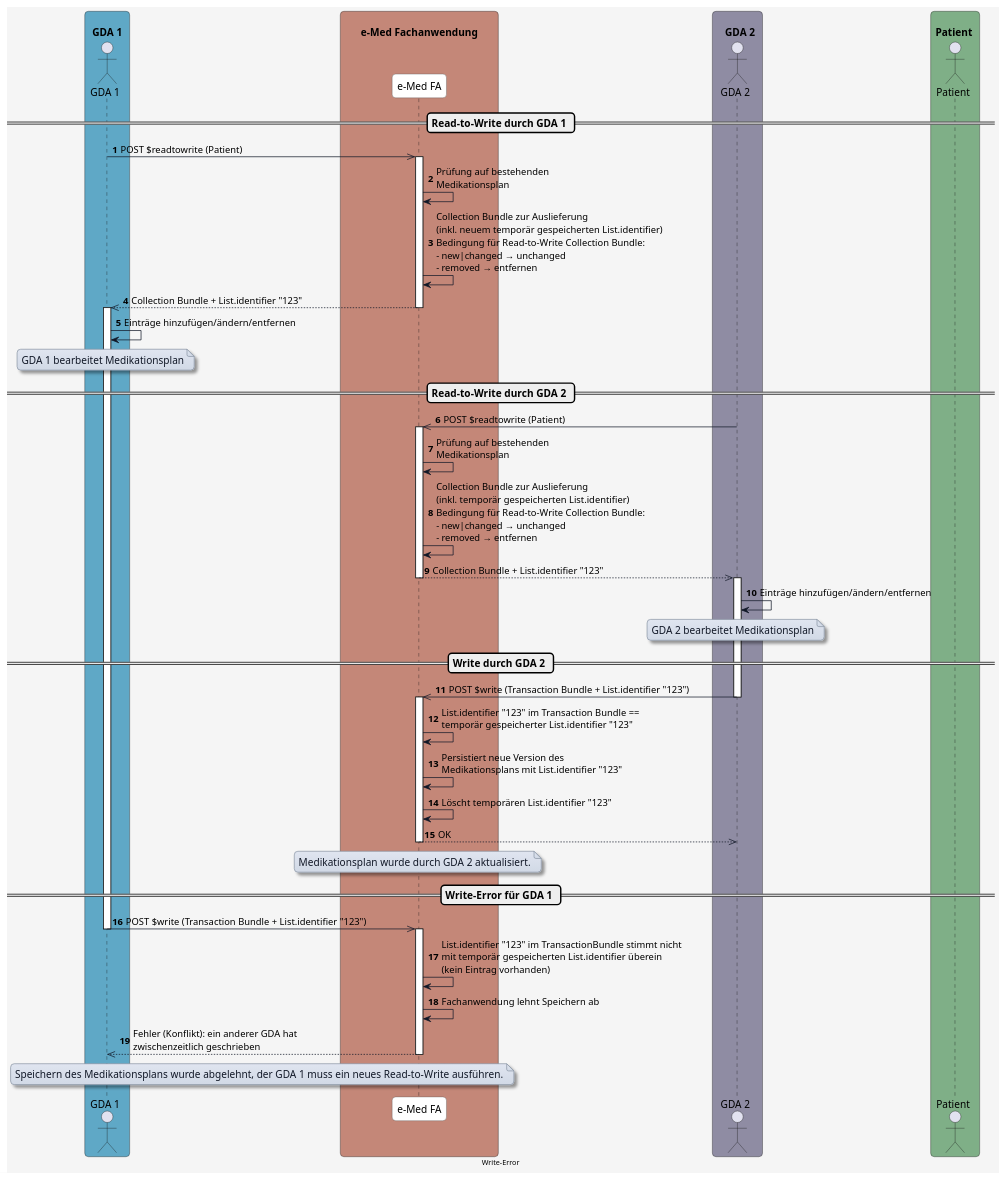
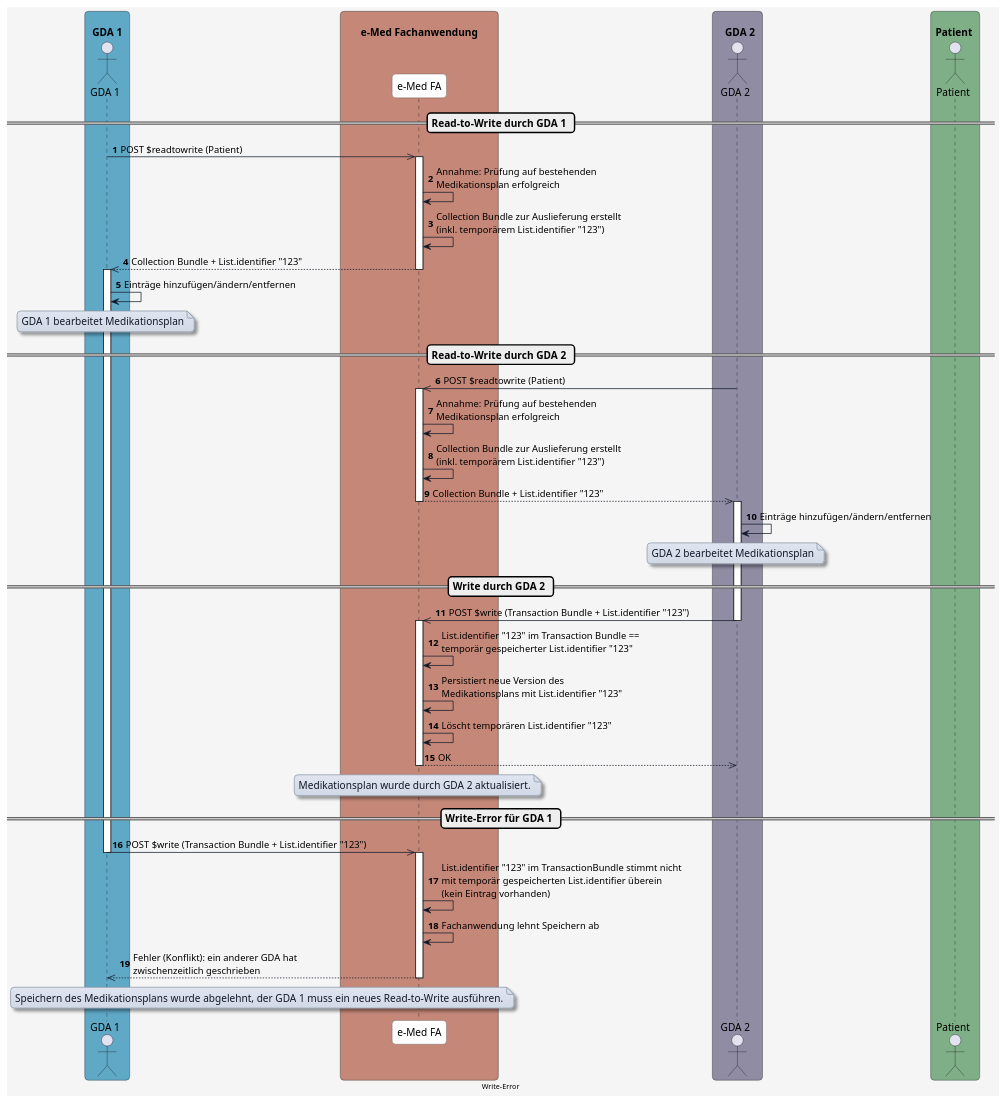
One commit to HL7Austria/ELGA-e-Medikation-R4 changed the diagram in input/images-source/diagram_write_error.plantuml. Above: the diagram before and after it, drawn with PlantUML. The commit also changed 4 other files, not shown here.

Commit message:
Update diagram

```diff
--- a/input/images-source/diagram_write_error.plantuml
+++ b/input/images-source/diagram_write_error.plantuml
@@ -1,132 +1,132 @@
 @startuml
 skinparam borderColor #000000
 skinparam backgroundColor #f5f5f5
 skinparam shadowing false
 skinparam roundCorner 10
 skinparam defaultFontName "Arial"
 skinparam defaultFontSize 14
 skinparam defaultFontColor #000000
 
 skinparam note {
   BackgroundColor #e0e5f0-#d1d9e6
   BorderColor #8b95a5
   BorderThickness 1
   RoundCorner 8
   Padding 6
   FontColor #111827
   Shadowing true
 }
 
 skinparam HyperlinkColor #0000EE
 skinparam HyperlinkUnderline false
 
 skinparam sequence {
   ParticipantBorderColor #555555
   ParticipantBackgroundColor #ffffff
   ParticipantFontColor #000000
   ParticipantFontSize 14
   ParticipantPadding 20
   ArrowColor #111827
   ArrowThickness 1
   ArrowFontColor #000000
   ArrowFontSize 13
   GroupBorderColor #111827
   GroupBackgroundColor #eef2ff
   GroupBorderThickness 2
 }
 
 skinparam BoxPadding 20
 skinparam BoxBorderColor #555555
 
 box "\n  GDA 1  " #5FA8C6
   actor GDA_1 as "GDA 1"
 end box
 
 box "\n       e-Med Fachanwendung       " #C48778
   participant eMed_FA as "e-Med FA"
 end box
 
 box "\n    GDA 2  " #8F8CA3
   actor GDA_2 as "GDA 2"
 end box
 
 box "\n Patient  " #7FAF87
   actor Patient as "Patient"
 end box
 
 
 autonumber
 
  
 == Read-to-Write durch GDA 1 ==
 
 GDA_1 ->> eMed_FA: POST $readtowrite (Patient)
 
 activate eMed_FA
-eMed_FA -> eMed_FA: Prüfung auf bestehenden\nMedikationsplan
-eMed_FA -> eMed_FA: Collection Bundle zur Auslieferung\n(inkl. neuem temporär gespeicherten List.identifier)\nBedingung für Read-to-Write Collection Bundle:\n- new|changed → unchanged\n- removed → entfernen
+eMed_FA -> eMed_FA: Annahme: Prüfung auf bestehenden\nMedikationsplan erfolgreich
+eMed_FA -> eMed_FA: Collection Bundle zur Auslieferung erstellt\n(inkl. temporärem List.identifier "123")
 
 eMed_FA -->> GDA_1: Collection Bundle + List.identifier "123"
 deactivate eMed_FA
 
 activate GDA_1
 GDA_1 -> GDA_1: Einträge hinzufügen/ändern/entfernen
 
 note over GDA_1
 GDA 1 bearbeitet Medikationsplan
 end note
 
 == Read-to-Write durch GDA 2 ==
 
 GDA_2 ->> eMed_FA: POST $readtowrite (Patient)
 
 
 activate eMed_FA
-eMed_FA -> eMed_FA: Prüfung auf bestehenden\nMedikationsplan
-eMed_FA -> eMed_FA: Collection Bundle zur Auslieferung\n(inkl. temporär gespeicherten List.identifier)\nBedingung für Read-to-Write Collection Bundle:\n- new|changed → unchanged\n- removed → entfernen
+eMed_FA -> eMed_FA: Annahme: Prüfung auf bestehenden\nMedikationsplan erfolgreich
+eMed_FA -> eMed_FA: Collection Bundle zur Auslieferung erstellt\n(inkl. temporärem List.identifier "123")
 
 eMed_FA -->> GDA_2: Collection Bundle + List.identifier "123"
 deactivate eMed_FA
 
 activate GDA_2
 GDA_2 -> GDA_2: Einträge hinzufügen/ändern/entfernen
 
 note over GDA_2
 GDA 2 bearbeitet Medikationsplan
 end note
 
 == Write durch GDA 2 ==
 
 GDA_2 ->> eMed_FA: POST $write (Transaction Bundle + List.identifier "123")
 deactivate GDA_2
 
 activate eMed_FA
 eMed_FA -> eMed_FA: List.identifier "123" im Transaction Bundle ==\ntemporär gespeicherter List.identifier "123"
 eMed_FA -> eMed_FA: Persistiert neue Version des\nMedikationsplans mit List.identifier "123"
 eMed_FA -> eMed_FA: Löscht temporären List.identifier "123"
 eMed_FA -->> GDA_2: OK 
 
 note over eMed_FA
 Medikationsplan wurde durch GDA 2 aktualisiert.
 end note
 
 deactivate eMed_FA
 
 == Write-Error für GDA 1 ==
 
 GDA_1 ->> eMed_FA: POST $write (Transaction Bundle + List.identifier "123")
 deactivate GDA_1
 
 activate eMed_FA
 eMed_FA -> eMed_FA: List.identifier "123" im TransactionBundle stimmt nicht\nmit temporär gespeicherten List.identifier überein\n(kein Eintrag vorhanden)
 eMed_FA -> eMed_FA: Fachanwendung lehnt Speichern ab
 eMed_FA -->> GDA_1: Fehler (Konflikt): ein anderer GDA hat\nzwischenzeitlich geschrieben
 note over eMed_FA, GDA_1
 Speichern des Medikationsplans wurde abgelehnt, der GDA 1 muss ein neues Read-to-Write ausführen.
 end note
 
 deactivate eMed_FA
 
 center footer Write-Error
 
 @enduml
```
